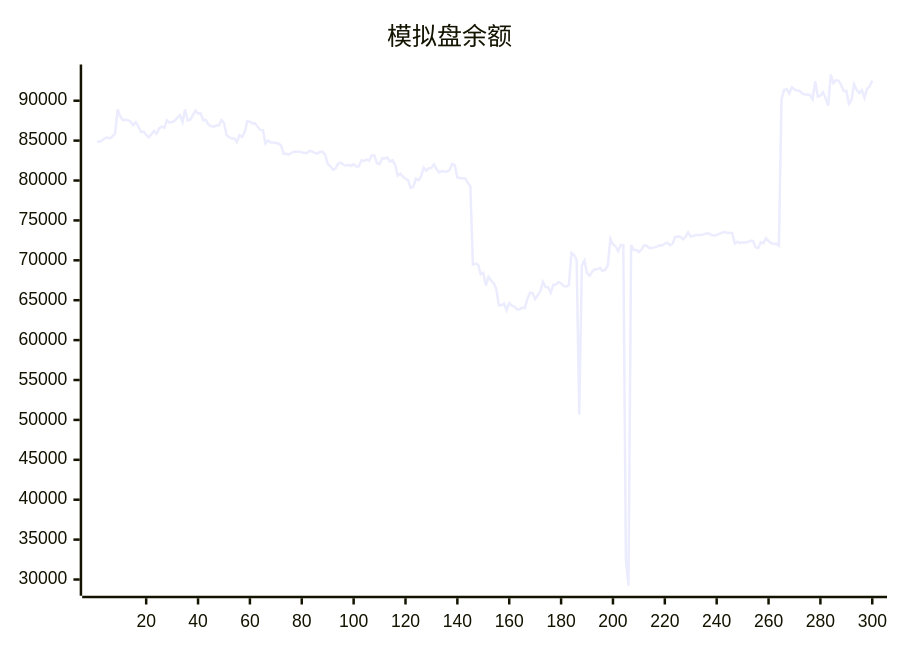
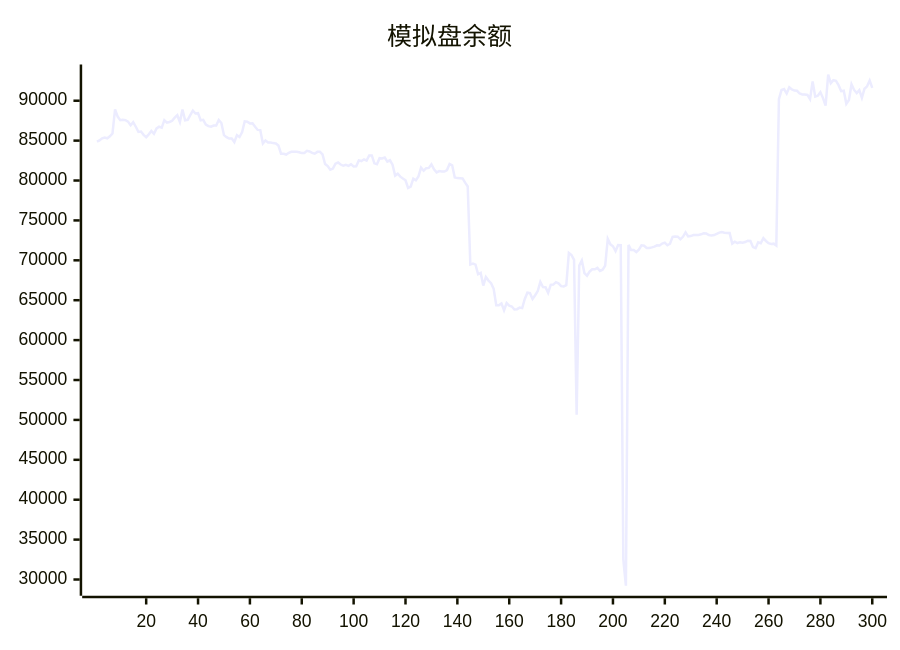
The diagram in README.md (aahl/ai-trading), drawn with Mermaid before and after one commit. The commit also changed other lines of this file and 1 other file, not shown here.

````diff
--- a/README.md
+++ b/README.md
@@ -5,5 +5,5 @@
 ```mermaid
 xychart
     title "模拟盘余额"
-    line [84891,84864,85019,85284,85393,85294,85538,85894,88904,88012,87567,87625,87568,87386,86920,87313,86737,86094,86143,85725,85437,85787,86219,85859,86526,86740,86630,87563,87264,87335,87483,87886,88180,87335,88894,87544,87608,88207,88755,88401,88444,87543,87608,87000,86810,86740,86894,86884,87576,87209,85686,85435,85251,85255,84820,85689,85453,86066,87420,87373,87161,87178,86740,86341,86315,84643,85012,84772,84768,84690,84635,84376,83360,83357,83259,83474,83608,83606,83602,83548,83440,83454,83724,83644,83464,83365,83590,83592,83275,82072,81806,81344,81492,82109,82254,82006,81848,81955,81829,82022,81769,81776,82522,82441,82656,82498,83144,83144,82150,82038,82797,82763,82872,82367,82536,81981,80612,80862,80484,80242,80034,79063,79245,80226,80016,80507,81625,81233,81544,81578,82016,81401,81019,81186,81130,81118,81306,82066,81909,80392,80304,80291,80258,79729,79261,69466,69579,69456,68251,68415,66832,67911,67462,67144,66432,64380,64375,64606,63740,64647,64324,64216,63842,63877,64078,64008,65156,65945,65888,65157,65625,66144,67284,66653,66639,65924,66925,66956,67263,67108,66766,66729,66886,70927,70673,70049,50652,69334,69973,68400,68061,68578,68876,68879,69055,68662,68822,69329,72687,71999,71760,71162,71911,71896,32500,29218,71927,71297,71305,71044,71337,71883,71822,71536,71536,71622,71723,71880,71860,72100,72216,71887,72077,72940,72976,72966,72638,72948,73497,73004,73041,73173,73160,73186,73258,73375,73351,73173,73098,73161,73305,73474,73536,73457,73413,73412,72100,72333,72164,72272,72204,72285,72461,72421,71652,71521,72267,72157,72774,72424,72144,72060,72091,71858,90185,91338,91466,90900,91678,91404,91268,91244,90903,90779,90787,90721,90187,92429,90518,90619,91070,90328,89376,93286,92202,92581,92485,91947,91196,91259,89619,90086,92063,91355,90950,91327,90373,91498,91800,92531]
+    line [84864,85019,85284,85393,85294,85538,85894,88904,88012,87567,87625,87568,87386,86920,87313,86737,86094,86143,85725,85437,85787,86219,85859,86526,86740,86630,87563,87264,87335,87483,87886,88180,87335,88894,87544,87608,88207,88755,88401,88444,87543,87608,87000,86810,86740,86894,86884,87576,87209,85686,85435,85251,85255,84820,85689,85453,86066,87420,87373,87161,87178,86740,86341,86315,84643,85012,84772,84768,84690,84635,84376,83360,83357,83259,83474,83608,83606,83602,83548,83440,83454,83724,83644,83464,83365,83590,83592,83275,82072,81806,81344,81492,82109,82254,82006,81848,81955,81829,82022,81769,81776,82522,82441,82656,82498,83144,83144,82150,82038,82797,82763,82872,82367,82536,81981,80612,80862,80484,80242,80034,79063,79245,80226,80016,80507,81625,81233,81544,81578,82016,81401,81019,81186,81130,81118,81306,82066,81909,80392,80304,80291,80258,79729,79261,69466,69579,69456,68251,68415,66832,67911,67462,67144,66432,64380,64375,64606,63740,64647,64324,64216,63842,63877,64078,64008,65156,65945,65888,65157,65625,66144,67284,66653,66639,65924,66925,66956,67263,67108,66766,66729,66886,70927,70673,70049,50652,69334,69973,68400,68061,68578,68876,68879,69055,68662,68822,69329,72687,71999,71760,71162,71911,71896,32500,29218,71927,71297,71305,71044,71337,71883,71822,71536,71536,71622,71723,71880,71860,72100,72216,71887,72077,72940,72976,72966,72638,72948,73497,73004,73041,73173,73160,73186,73258,73375,73351,73173,73098,73161,73305,73474,73536,73457,73413,73412,72100,72333,72164,72272,72204,72285,72461,72421,71652,71521,72267,72157,72774,72424,72144,72060,72091,71858,90185,91338,91466,90900,91678,91404,91268,91244,90903,90779,90787,90721,90187,92429,90518,90619,91070,90328,89376,93286,92202,92581,92485,91947,91196,91259,89619,90086,92063,91355,90950,91327,90373,91498,91800,92531,91603]
 ```
````
